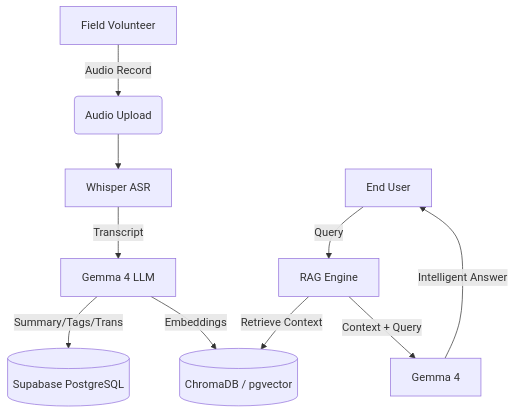
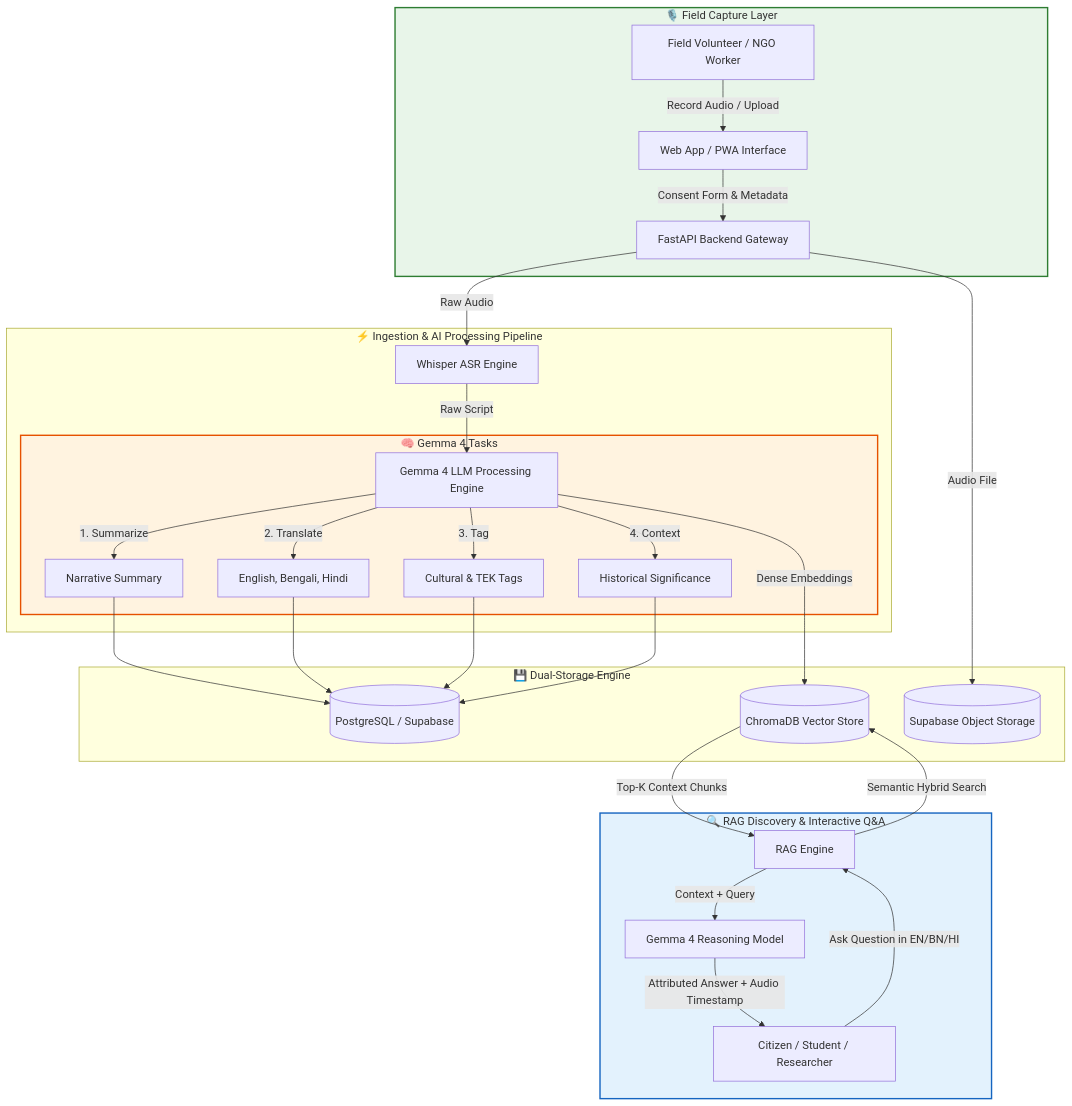
Before and after one commit to Subhadip-Paul2006/LokKatha-AI: the diagram in README.md, drawn with Mermaid. The commit also changed other lines of this file and 12 other files, not shown here.

````diff
--- a/README.md
+++ b/README.md
@@ -29,12 +74,37 @@
 ```mermaid
-graph TD
-    A[Field Volunteer] -->|Audio Record| B(Audio Upload)
-    B --> C[Whisper ASR]
-    C -->|Transcript| D[Gemma 4 LLM]
-    D -->|Summary/Tags/Trans| E[(Supabase PostgreSQL)]
-    D -->|Embeddings| F[(ChromaDB / pgvector)]
-    G[End User] -->|Query| H[RAG Engine]
-    H -->|Retrieve Context| F
-    H -->|Context + Query| I[Gemma 4]
-    I -->|Intelligent Answer| G
+flowchart TB
+    subgraph FIELD ["🎙️ Field Capture Layer"]
+        A[Field Volunteer / NGO Worker] -->|Record Audio / Upload| B[Web App / PWA Interface]
+        B -->|Consent Form & Metadata| C[FastAPI Backend Gateway]
+    end
+
+    subgraph INGEST ["⚡ Ingestion & AI Processing Pipeline"]
+        C -->|Raw Audio| D[Whisper ASR Engine]
+        D -->|Raw Script| E[Gemma 4 LLM Processing Engine]
+        
+        subgraph GEMMA ["🧠 Gemma 4 Tasks"]
+            E -->|1. Summarize| E1[Narrative Summary]
+            E -->|2. Translate| E2[English, Bengali, Hindi]
+            E -->|3. Tag| E3[Cultural & TEK Tags]
+            E -->|4. Context| E4[Historical Significance]
+        end
+    end
+
+    subgraph STORAGE ["💾 Dual-Storage Engine"]
+        E1 & E2 & E3 & E4 --> F[(PostgreSQL / Supabase)]
+        E -->|Dense Embeddings| G[(ChromaDB Vector Store)]
+        C -->|Audio File| H[(Supabase Object Storage)]
+    end
+
+    subgraph DISCOVERY ["🔍 RAG Discovery & Interactive Q&A"]
+        I[Citizen / Student / Researcher] -->|Ask Question in EN/BN/HI| J[RAG Engine]
+        J -->|Semantic Hybrid Search| G
+        G -->|Top-K Context Chunks| J
+        J -->|Context + Query| K[Gemma 4 Reasoning Model]
+        K -->|Attributed Answer + Audio Timestamp| I
+    end
+
+    style GEMMA fill:#fff3e0,stroke:#e65100,stroke-width:2px
+    style FIELD fill:#e8f5e9,stroke:#2e7d32,stroke-width:2px
+    style DISCOVERY fill:#e3f2fd,stroke:#1565c0,stroke-width:2px
 ```
````
